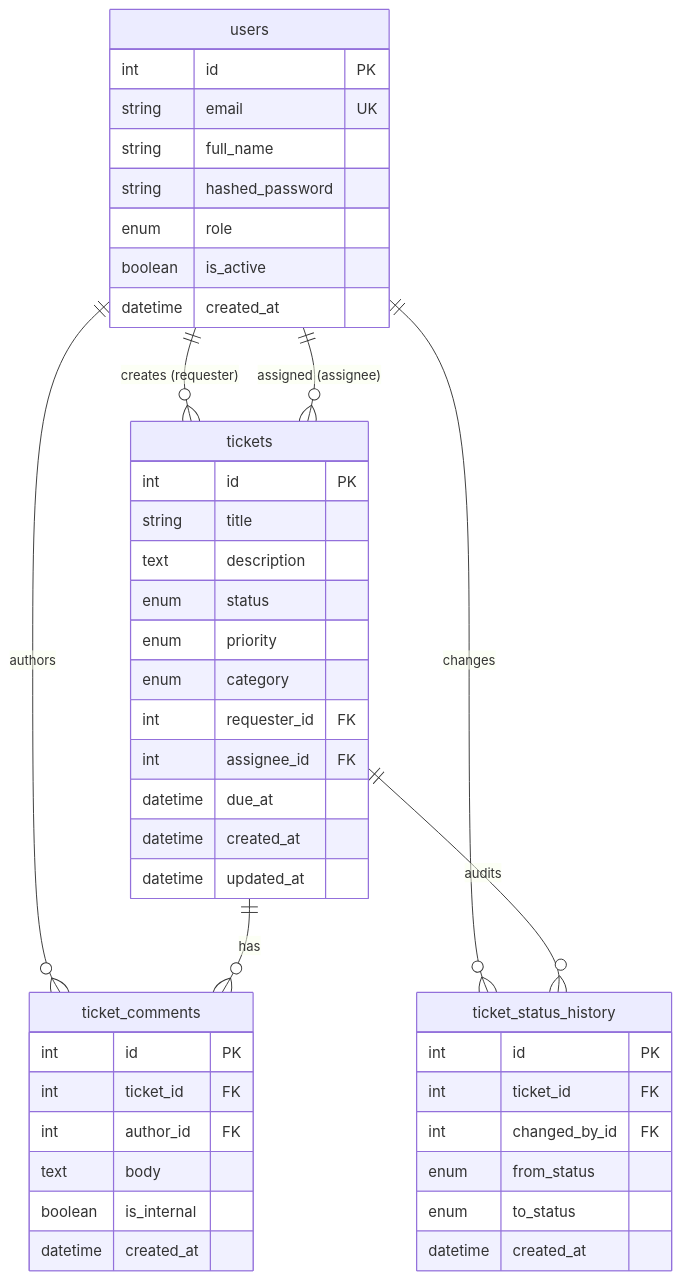
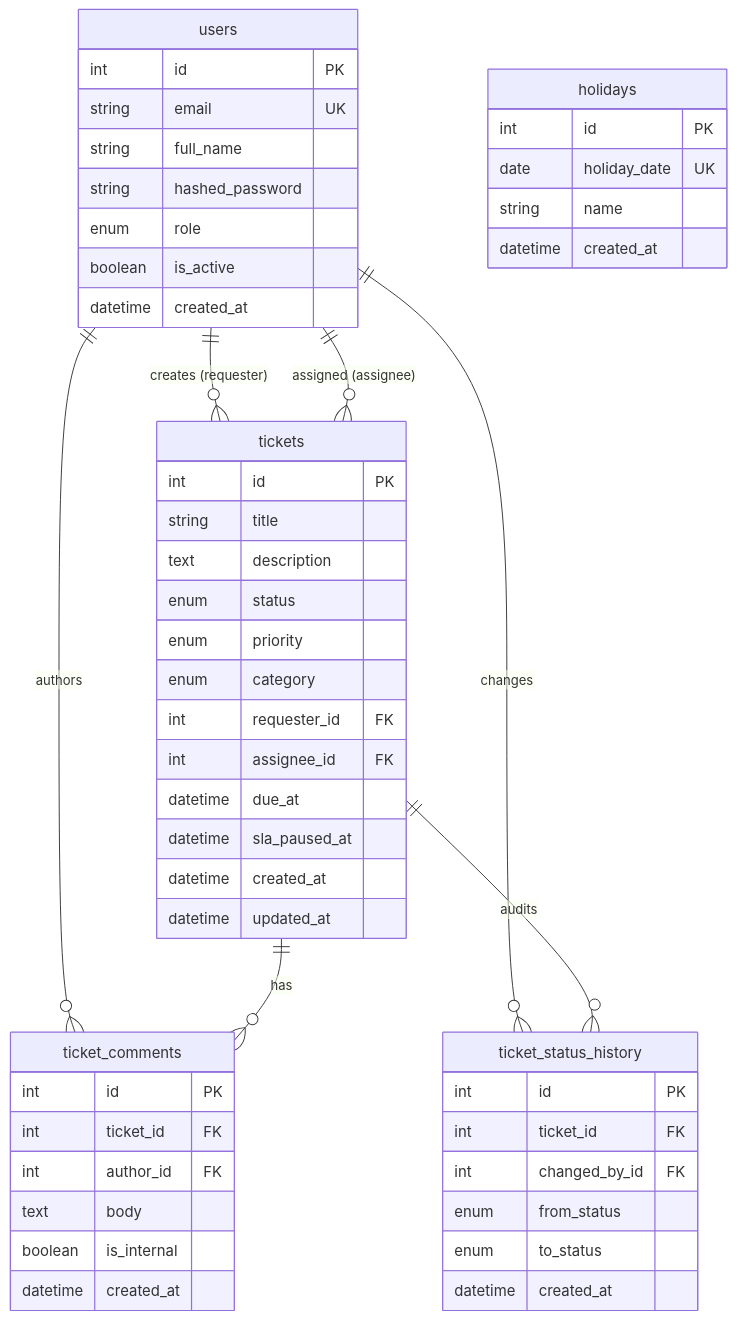
The third of 3 diagrams in README.md (pasupunuri-pragnitha/HelpDesk-API), drawn with Mermaid before and after one commit. The commit also changed other lines of this file and 31 other files, not shown here.

Commit message:
feat: implement business-hours SLA with holiday calendar and pausable clock

````diff
--- a/README.md
+++ b/README.md
@@ -81,51 +85,59 @@
 ```mermaid
 erDiagram
     users {
         int id PK
         string email UK
         string full_name
         string hashed_password
         enum role
         boolean is_active
         datetime created_at
     }
 
     tickets {
         int id PK
         string title
         text description
         enum status
         enum priority
         enum category
         int requester_id FK
         int assignee_id FK
         datetime due_at
+        datetime sla_paused_at
         datetime created_at
         datetime updated_at
+    }
+
+    holidays {
+        int id PK
+        date holiday_date UK
+        string name
+        datetime created_at
     }
 
     ticket_comments {
         int id PK
         int ticket_id FK
         int author_id FK
         text body
         boolean is_internal
         datetime created_at
     }
 
     ticket_status_history {
         int id PK
         int ticket_id FK
         int changed_by_id FK
         enum from_status
         enum to_status
         datetime created_at
     }
 
     users ||--o{ tickets : "creates (requester)"
     users ||--o{ tickets : "assigned (assignee)"
     users ||--o{ ticket_comments : "authors"
     users ||--o{ ticket_status_history : "changes"
     tickets ||--o{ ticket_comments : "has"
     tickets ||--o{ ticket_status_history : "audits"
 ```
````
